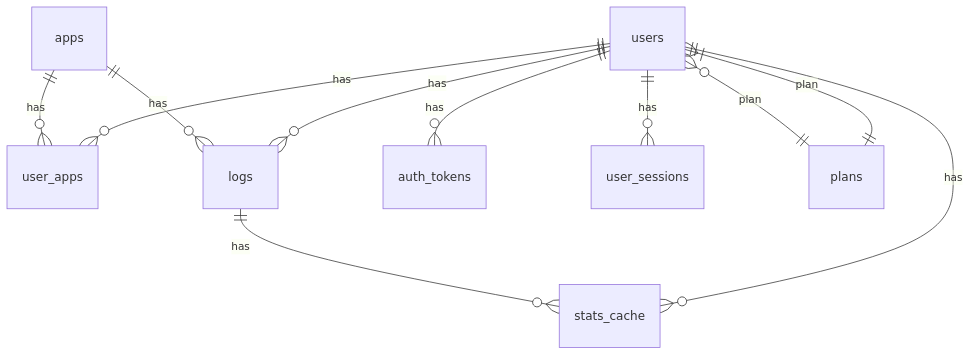
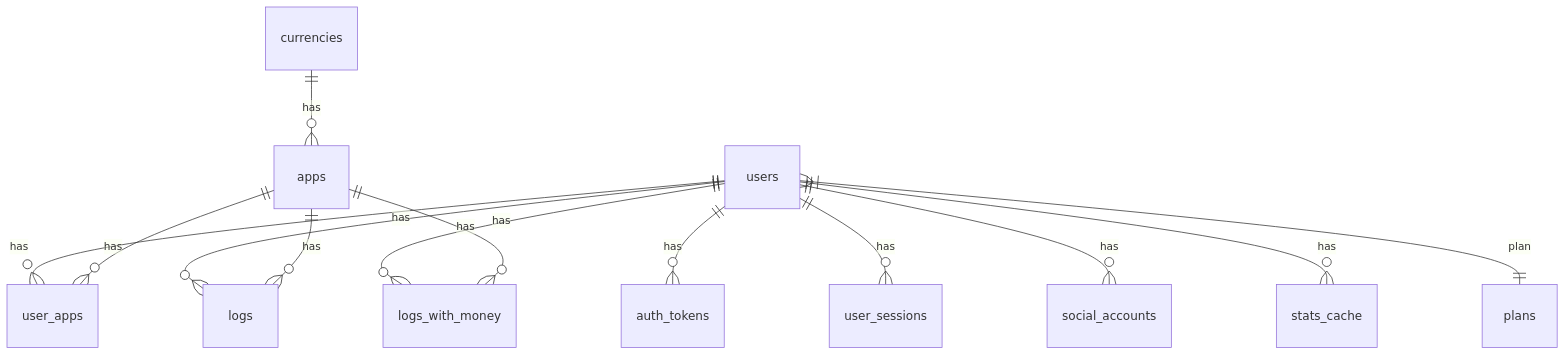
The second of 2 diagrams in pulllog-ER.md (magicmethods/pulllog-backend), drawn with Mermaid before and after one commit. The commit also changed other lines of this file, not shown here.

Commit message:
update pulllog-ER.md depended on latest models

````diff
--- a/pulllog-ER.md
+++ b/pulllog-ER.md
@@ -127,13 +224,18 @@
 ```mermaid
 erDiagram
     users      ||--o{ user_apps: "has"
     users      ||--o{ logs: "has"
     users      ||--o{ auth_tokens: "has"
     users      ||--o{ user_sessions: "has"
+    users      ||--o{ social_accounts: "has"
     users      ||--o{ stats_cache: "has"
     users      }|--|| plans: "plan"
+
+    currencies ||--o{ apps: "has"
     apps       ||--o{ user_apps: "has"
     apps       ||--o{ logs: "has"
-    logs       ||--o{ stats_cache: "has"
-    plans      ||--o{ users: "plan"
+
+    %% read-only view for listings/analytics
+    users      ||--o{ logs_with_money: "has"
+    apps       ||--o{ logs_with_money: "has"
 ```
````
